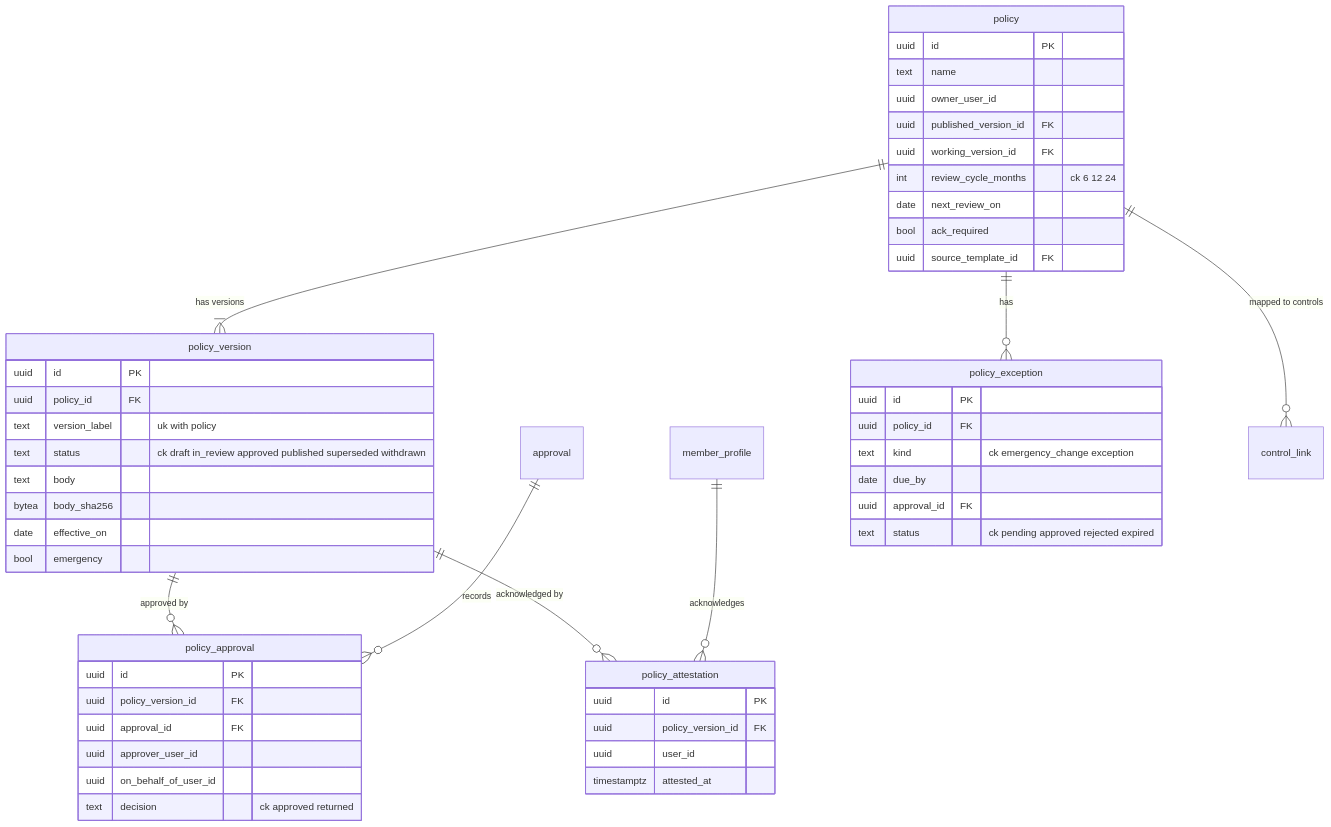
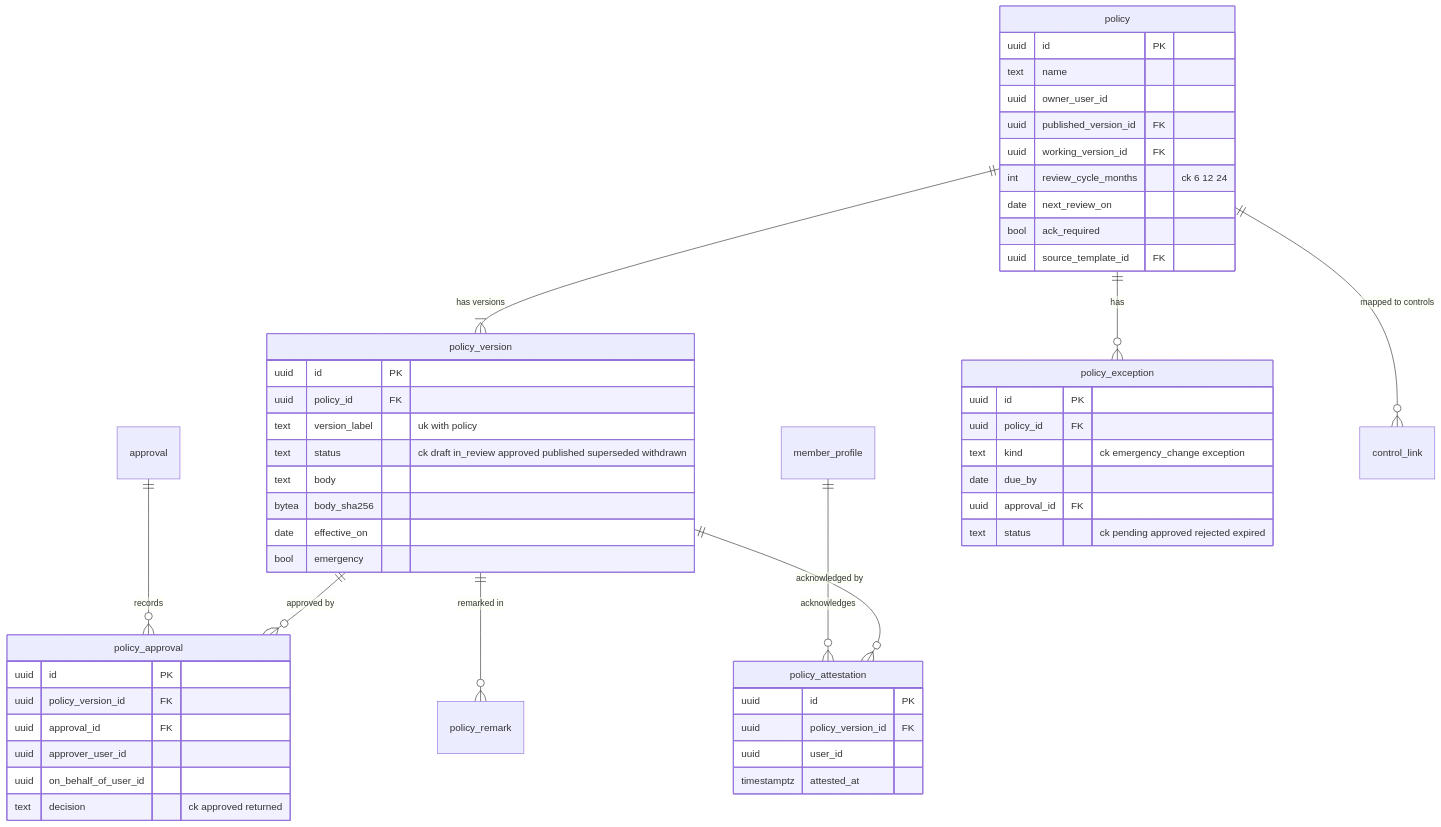
One commit to ShahidCS/Selvara changed the fifth of 27 diagrams in docs/architecture/backend-v2/phase2/2B-data-model.md. Above: the diagram before and after it, drawn with Mermaid. The commit also changed other lines of this file and 8 other files, not shown here.

First line of the commit message:
docs(backend-v2): phase 3 revisions in progress (architecture, data model, registers)

````diff
--- a/docs/architecture/backend-v2/phase2/2B-data-model.md
+++ b/docs/architecture/backend-v2/phase2/2B-data-model.md
@@ -509,53 +513,54 @@
 ```mermaid
 erDiagram
   policy ||--|{ policy_version : "has versions"
   policy_version ||--o{ policy_approval : "approved by"
   approval ||--o{ policy_approval : records
   policy_version ||--o{ policy_attestation : "acknowledged by"
   member_profile ||--o{ policy_attestation : acknowledges
   policy ||--o{ policy_exception : has
+  policy_version ||--o{ policy_remark : "remarked in"
   policy ||--o{ control_link : "mapped to controls"
   policy {
     uuid id PK
     text name
     uuid owner_user_id
     uuid published_version_id FK
     uuid working_version_id FK
     int review_cycle_months "ck 6 12 24"
     date next_review_on
     bool ack_required
     uuid source_template_id FK
   }
   policy_version {
     uuid id PK
     uuid policy_id FK
     text version_label "uk with policy"
     text status "ck draft in_review approved published superseded withdrawn"
     text body
     bytea body_sha256
     date effective_on
     bool emergency
   }
   policy_approval {
     uuid id PK
     uuid policy_version_id FK
     uuid approval_id FK
     uuid approver_user_id
     uuid on_behalf_of_user_id
     text decision "ck approved returned"
   }
   policy_attestation {
     uuid id PK
     uuid policy_version_id FK
     uuid user_id
     timestamptz attested_at
   }
   policy_exception {
     uuid id PK
     uuid policy_id FK
     text kind "ck emergency_change exception"
     date due_by
     uuid approval_id FK
     text status "ck pending approved rejected expired"
   }
 ```
````
